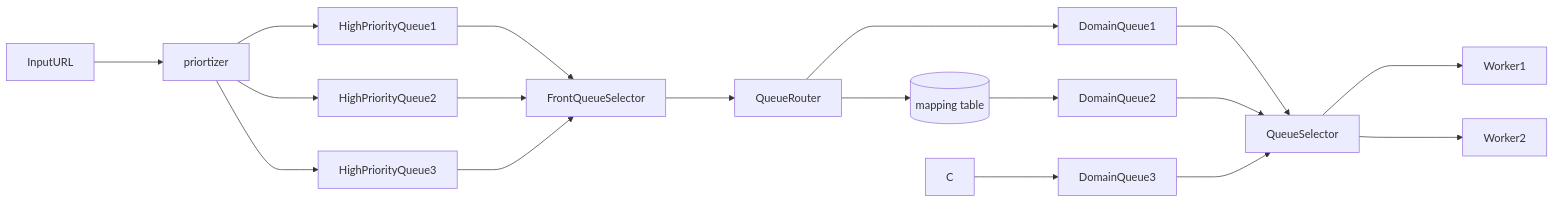
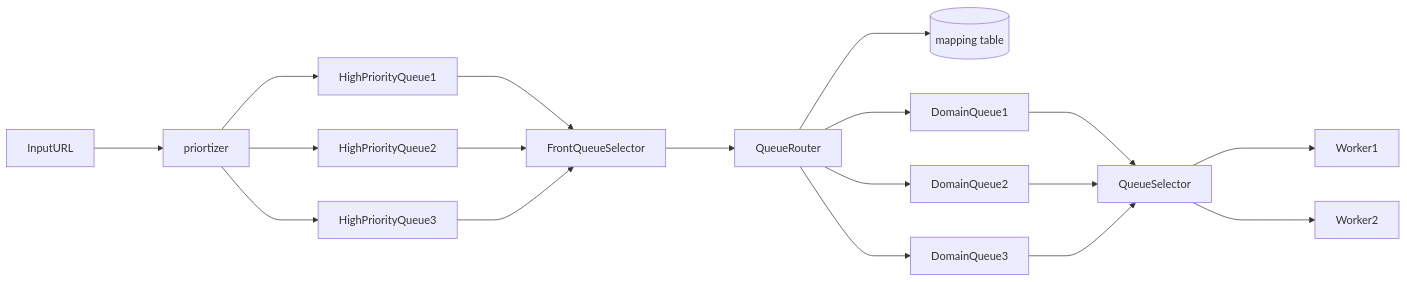
The second of 2 diagrams in SystemDesign/webCrawler.md (Bharat9848/notes), drawn with Mermaid before and after one commit. The commit also changed other lines of this file and 8 other files, not shown here.

````diff
--- a/SystemDesign/webCrawler.md
+++ b/SystemDesign/webCrawler.md
@@ -115,20 +118,20 @@
   ```mermaid
       flowchart LR
          E[InputURL] --->F[priortizer]
          F ---> HighPriorityQueue1
          F ---> HighPriorityQueue2
          F ---> HighPriorityQueue3
          HighPriorityQueue1 ---> H[FrontQueueSelector]
          HighPriorityQueue2 ---> H
          HighPriorityQueue3 ---> H
          H ---> A[QueueRouter]
          A ---> B[(mapping table)]
          A ---> DomainQueue1
-         B ---> DomainQueue2
-         C ---> DomainQueue3
+         A ---> DomainQueue2
+         A ---> DomainQueue3
          DomainQueue1 ---> D[QueueSelector]
          DomainQueue2 ---> D
          DomainQueue3 ---> D
          D ----> Worker1
          D ----> Worker2 
   ```
````
